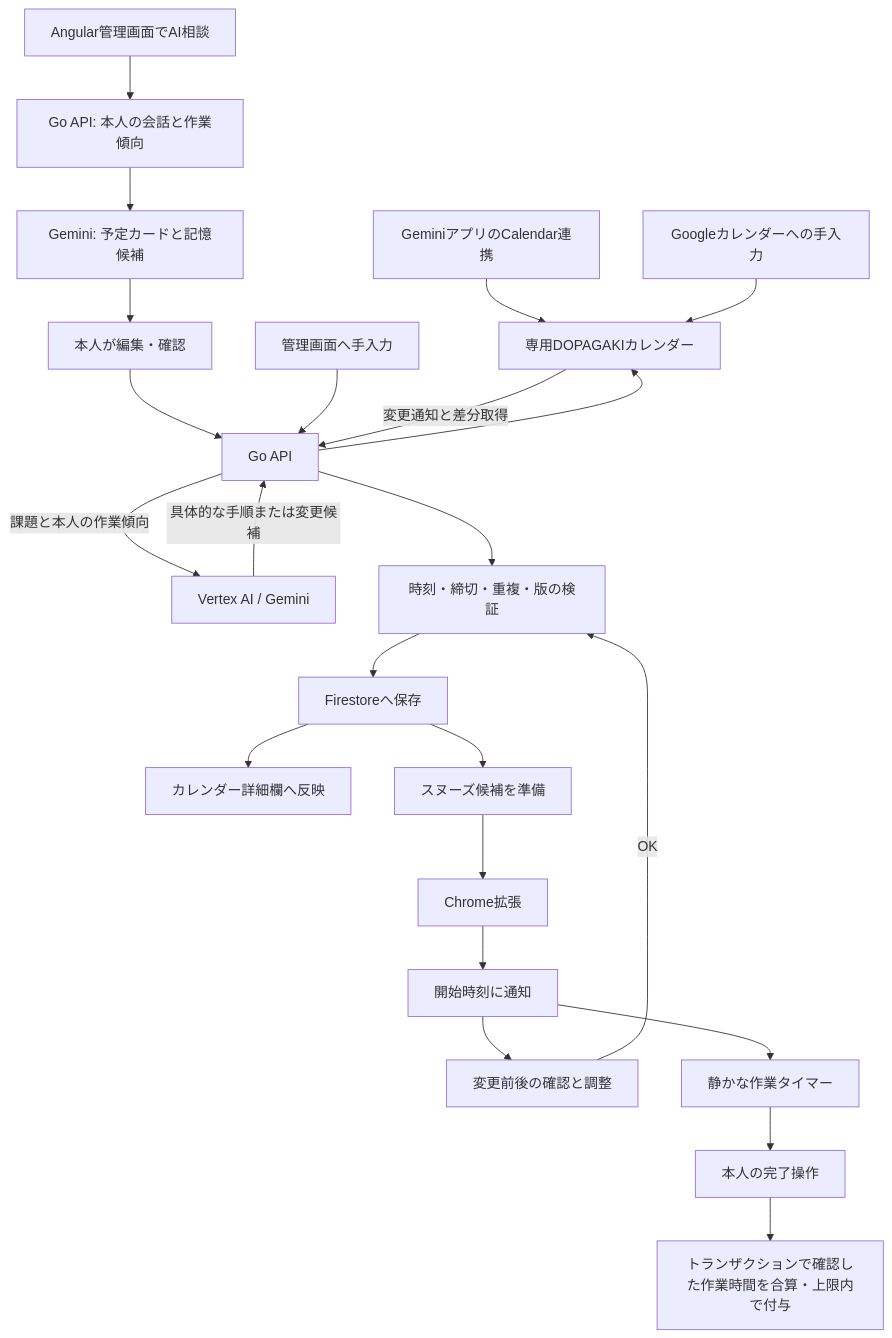
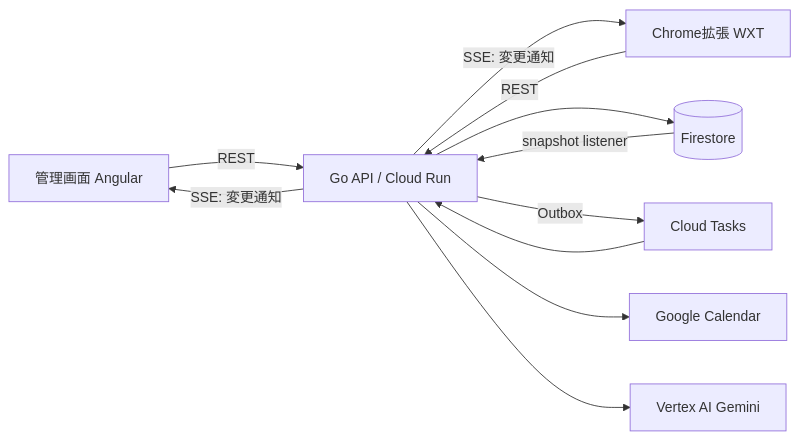
One commit to Devfest-Hackathon-2026/df-2026-t057 changed the diagram in engineering/architecture.md. Above: the diagram before and after it, drawn with Mermaid. The commit also changed other lines of this file and 2 other files, not shown here.

````diff
--- a/engineering/architecture.md
+++ b/engineering/architecture.md
@@ -42,25 +20,13 @@
 ```mermaid
-flowchart TD
-  Gemini[GeminiアプリのCalendar連携] --> Cal[専用DOPAGAKIカレンダー]
-  Manual[Googleカレンダーへの手入力] --> Cal
-  Web[Angular管理画面でAI相談] --> Consult[Go API: 本人の会話と作業傾向]
-  Consult --> Cards[Gemini: 予定カードと記憶候補]
-  Cards --> ConfirmCard[本人が編集・確認]
-  ConfirmCard --> API[Go API]
-  ManualWeb[管理画面へ手入力] --> API
-  API --> Cal
-  Cal -->|変更通知と差分取得| API
-  API -->|課題と本人の作業傾向| AI[Vertex AI / Gemini]
-  AI -->|具体的な手順または変更候補| API
-  API --> Validate[時刻・締切・重複・版の検証]
-  Validate --> DB[Firestoreへ保存]
-  DB --> Detail[カレンダー詳細欄へ反映]
-  DB --> Draft[スヌーズ候補を準備]
-  Draft --> Ext[Chrome拡張]
-  Ext --> Notice[開始時刻に通知]
-  Notice --> Confirm[変更前後の確認と調整]
-  Confirm -->|OK| Validate
-  Notice --> Work[静かな作業タイマー]
-  Work --> Complete[本人の完了操作]
-  Complete --> Reward[トランザクションで確認した作業時間を合算・上限内で付与]
+flowchart LR
+  Web[管理画面 Angular] -- REST --> API
+  Ext[Chrome拡張 WXT] -- REST --> API
+  API -- SSE: 変更通知 --> Web
+  API -- SSE: 変更通知 --> Ext
+  API[Go API / Cloud Run] --> FS[(Firestore)]
+  FS -- snapshot listener --> API
+  API -- Outbox --> CT[Cloud Tasks]
+  CT --> API
+  API --> GCal[Google Calendar]
+  API --> Gemini[Vertex AI Gemini]
 ```
````
